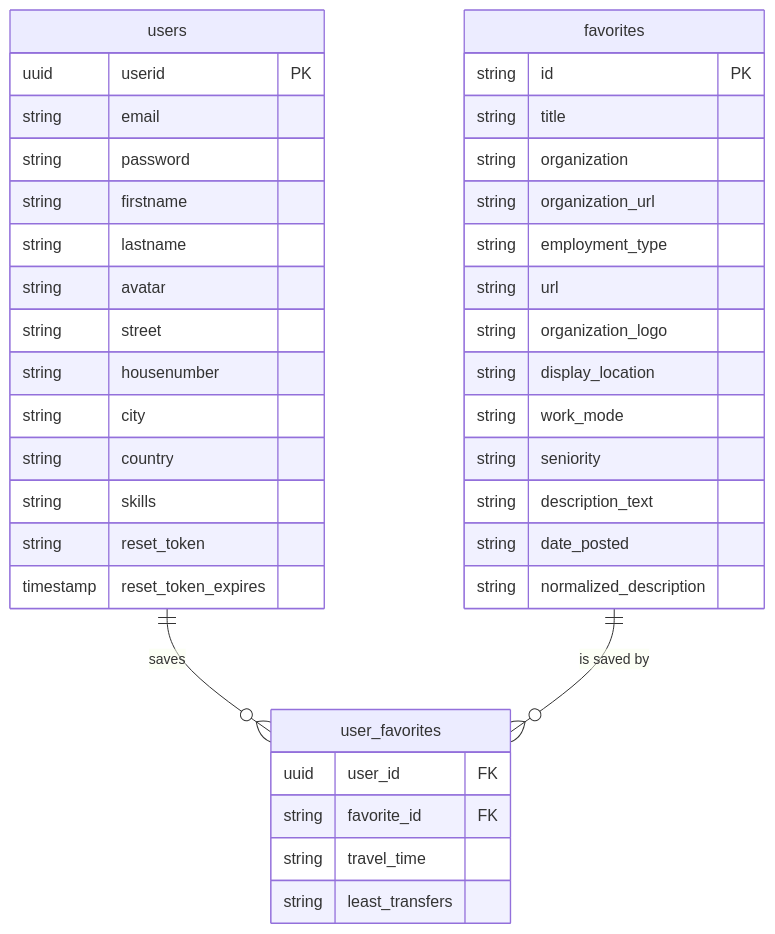
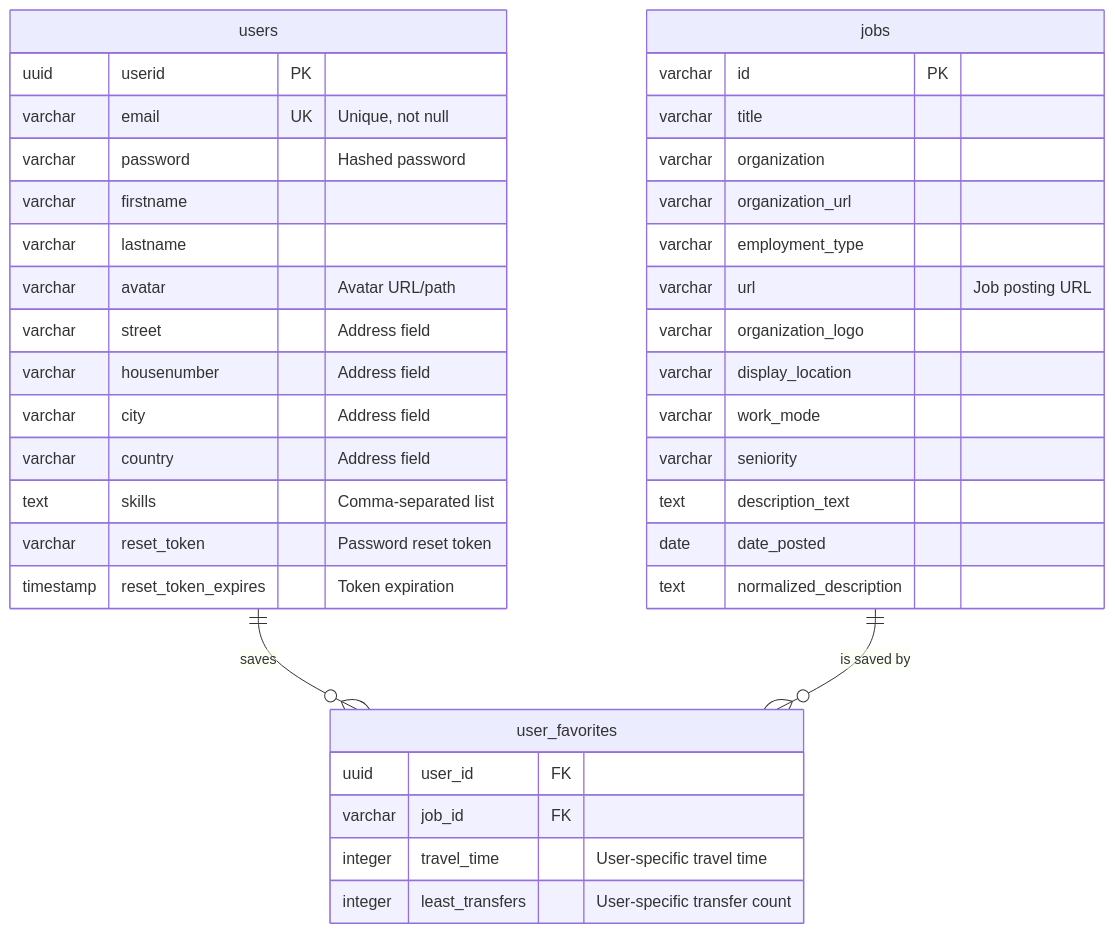
Before and after one commit to YahyaAl-Ademi/2025.10.23-JobCompass: the diagram in documentation/ERD-antigravity.md, drawn with Mermaid. The commit also changed 3 other files, not shown here.

First line of the commit message:
Update ERD documentation to reflect schema changes for JobCompass

````diff
--- a/documentation/ERD-antigravity.md
+++ b/documentation/ERD-antigravity.md
@@ -5,44 +5,44 @@
 ```mermaid
 erDiagram
     users ||--o{ user_favorites : "saves"
-    favorites ||--o{ user_favorites : "is saved by"
+    jobs ||--o{ user_favorites : "is saved by"
 
     users {
         uuid userid PK
-        string email
-        string password
-        string firstname
-        string lastname
-        string avatar
-        string street
-        string housenumber
-        string city
-        string country
-        string skills
-        string reset_token
-        timestamp reset_token_expires
+        varchar email UK "Unique, not null"
+        varchar password "Hashed password"
+        varchar firstname
+        varchar lastname
+        varchar avatar "Avatar URL/path"
+        varchar street "Address field"
+        varchar housenumber "Address field"
+        varchar city "Address field"
+        varchar country "Address field"
+        text skills "Comma-separated list"
+        varchar reset_token "Password reset token"
+        timestamp reset_token_expires "Token expiration"
     }
 
-    favorites {
-        string id PK
-        string title
-        string organization
-        string organization_url
-        string employment_type
-        string url
-        string organization_logo
-        string display_location
-        string work_mode
-        string seniority
-        string description_text
-        string date_posted
-        string normalized_description
+    jobs {
+        varchar id PK
+        varchar title
+        varchar organization
+        varchar organization_url
+        varchar employment_type
+        varchar url "Job posting URL"
+        varchar organization_logo
+        varchar display_location
+        varchar work_mode
+        varchar seniority
+        text description_text
+        date date_posted
+        text normalized_description
     }
 
     user_favorites {
         uuid user_id FK
-        string favorite_id FK
-        string travel_time
-        string least_transfers
+        varchar job_id FK
+        integer travel_time "User-specific travel time"
+        integer least_transfers "User-specific transfer count"
     }
 ```
````
